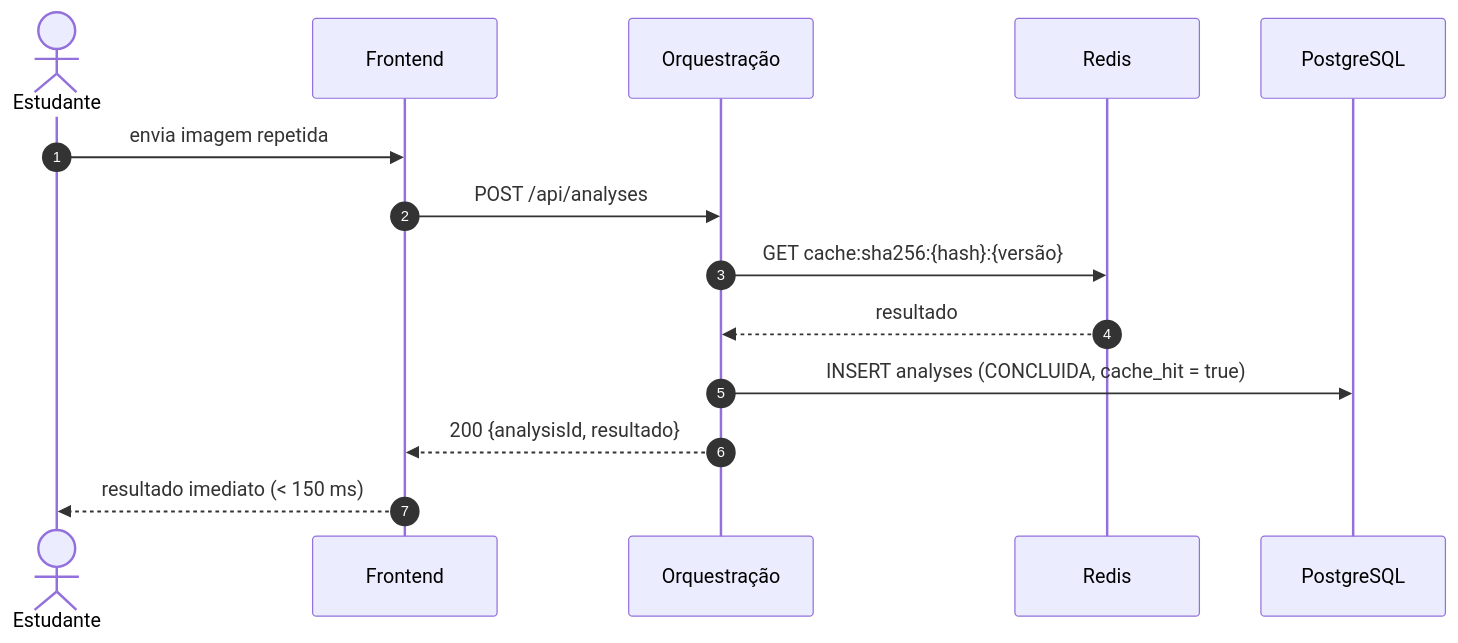
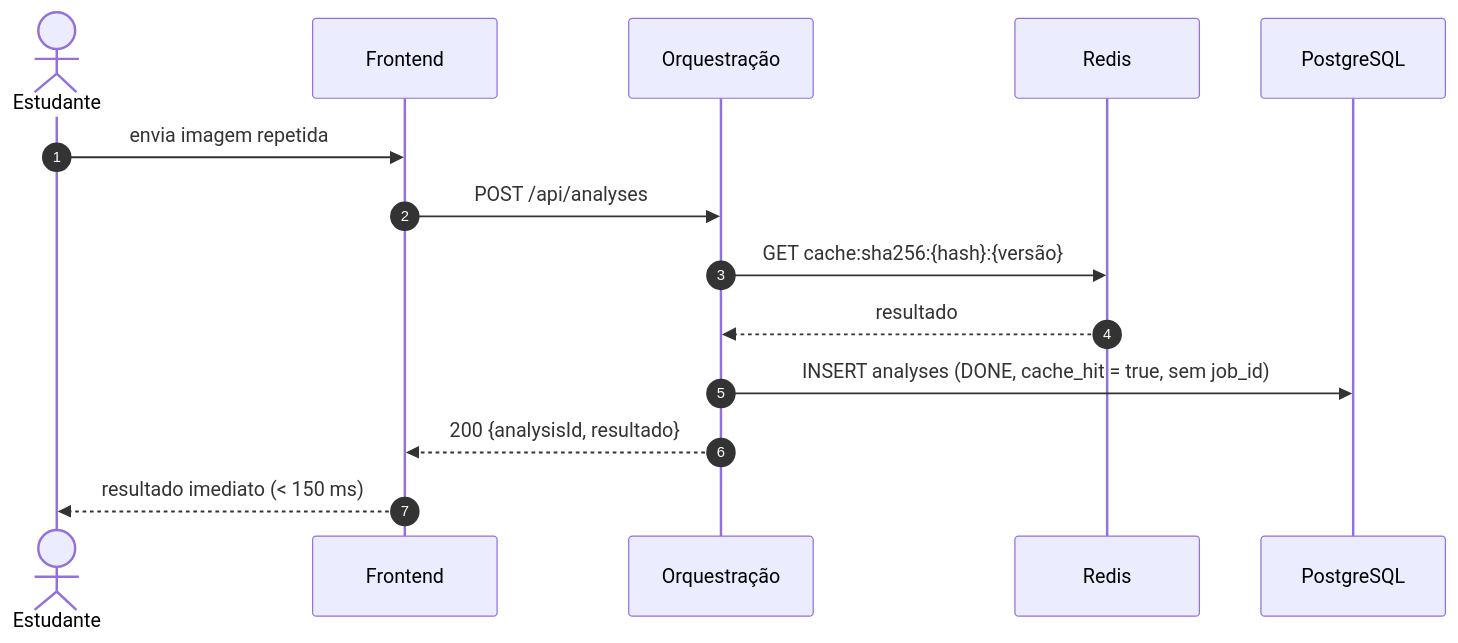
The fifth of 8 diagrams in docs/projeto/02-modelagem-estrutural-comportamental.md (Umizin/histolente), drawn with Mermaid before and after one commit. The commit also changed other lines of this file and 33 other files, not shown here.

````diff
--- a/docs/projeto/02-modelagem-estrutural-comportamental.md
+++ b/docs/projeto/02-modelagem-estrutural-comportamental.md
@@ -282,16 +295,16 @@
 ```mermaid
 sequenceDiagram
     autonumber
     actor U as Estudante
     participant FE as Frontend
     participant BE as Orquestração
     participant RD as Redis
     participant PG as PostgreSQL
     U->>FE: envia imagem repetida
     FE->>BE: POST /api/analyses
     BE->>RD: GET cache:sha256:{hash}:{versão}
     RD-->>BE: resultado
-    BE->>PG: INSERT analyses (CONCLUIDA, cache_hit = true)
+    BE->>PG: INSERT analyses (DONE, cache_hit = true, sem job_id)
     BE-->>FE: 200 {analysisId, resultado}
     FE-->>U: resultado imediato (< 150 ms)
 ```
````
